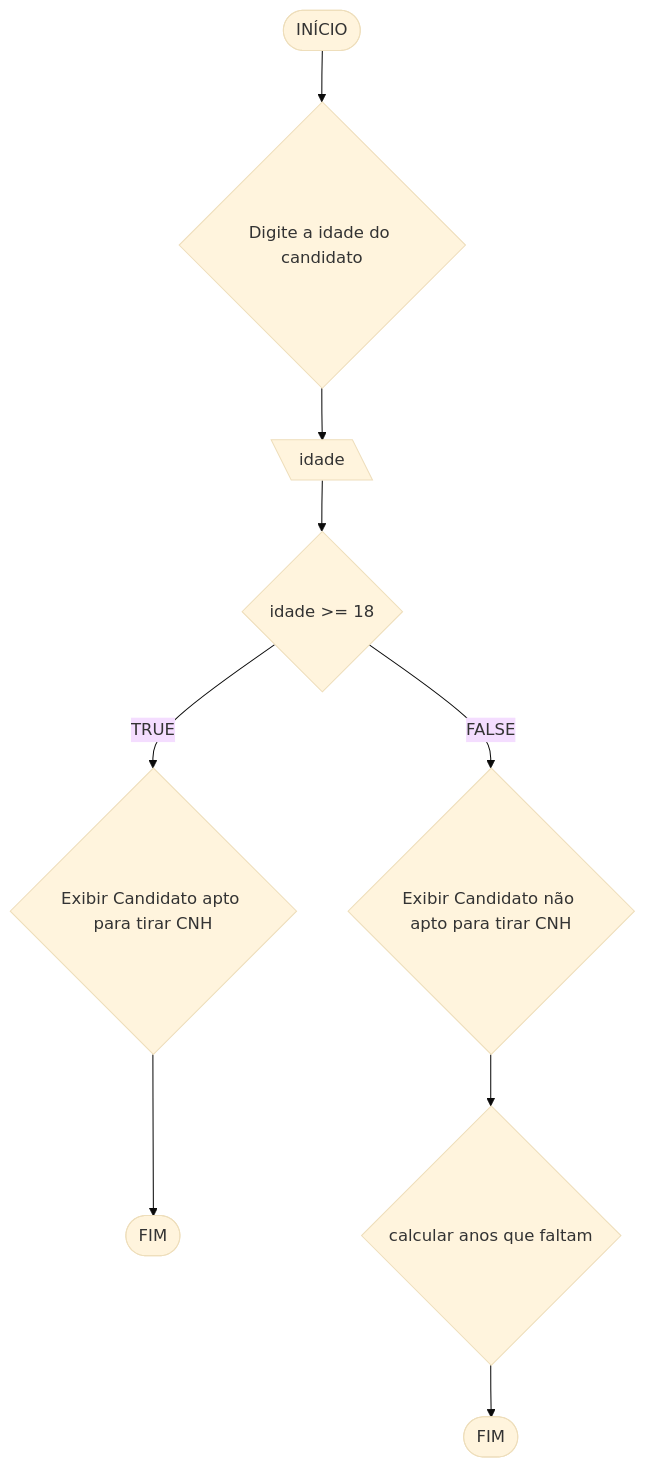
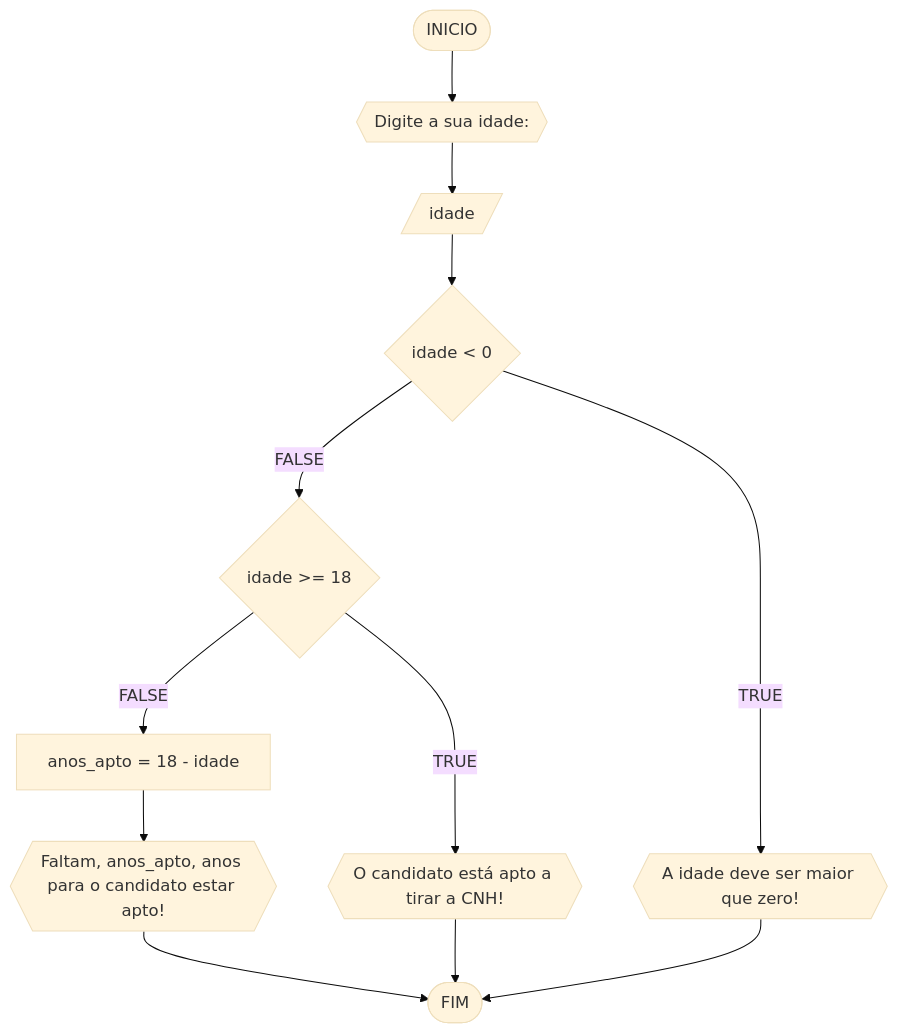
One commit to edwardstww/unifor changed the fourth of 4 diagrams in RLA/lista1.md. Above: the diagram before and after it, drawn with Mermaid (base theme). The commit also changed other lines of this file, not shown here.

````diff
--- a/RLA/lista1.md
+++ b/RLA/lista1.md
@@ -151,11 +211,14 @@
 ```mermaid
-flowchart TD 
-A([INÍCIO]) --> B{Digite a idade do candidato} 
-B --> C[\idade\] 
-C --> D{idade >= 18} 
-D --TRUE--> E{Exibir Candidato apto para tirar CNH} 
-E --> F([FIM]) 
-D --FALSE--> G{Exibir Candidato não apto para tirar CNH} 
-G --> H{calcular anos que faltam} 
-H --> I([FIM])
+flowchart TD
+A([INICIO]) --> B{{"Digite a sua idade:"}}
+B --> C[/idade/]
+C --> D{idade < 0}
+D --FALSE--> E{idade >= 18}
+E --FALSE--> F[anos_apto = 18 - idade]
+F --> G{{Faltam, anos_apto, anos para o candidato estar apto!}}
+G --> H([FIM])
+E --TRUE--> I{{"O candidato está apto a tirar a CNH!"}}
+I --> H
+D --TRUE--> J{{"A idade deve ser maior que zero!"}}
+J --> H 
 ```
````
